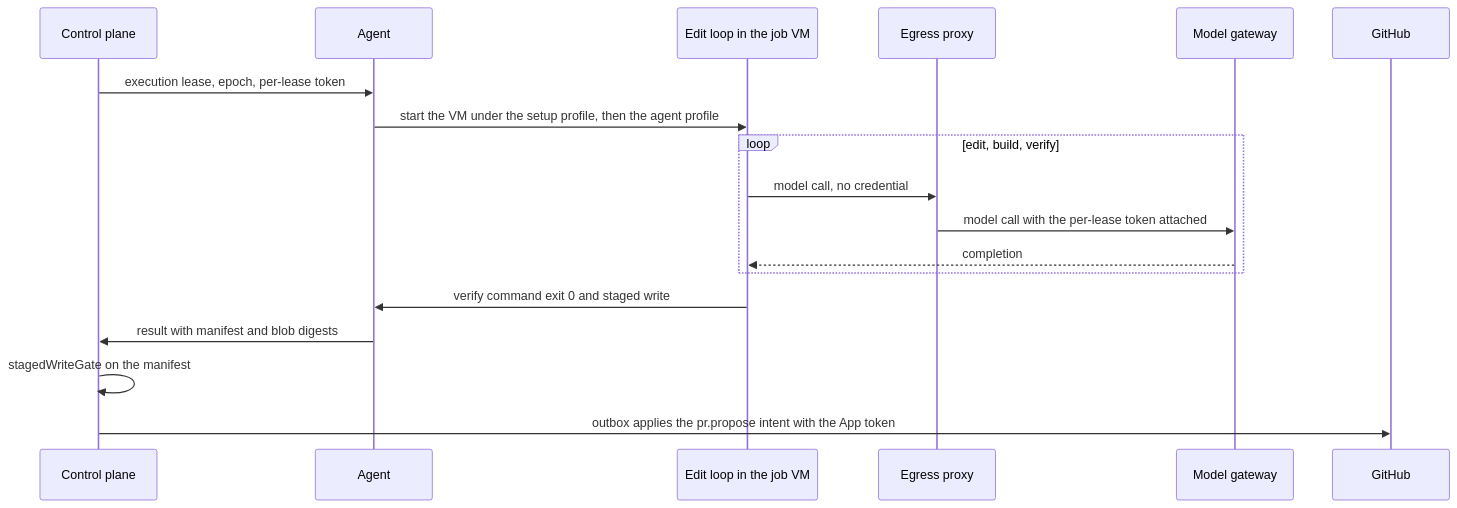
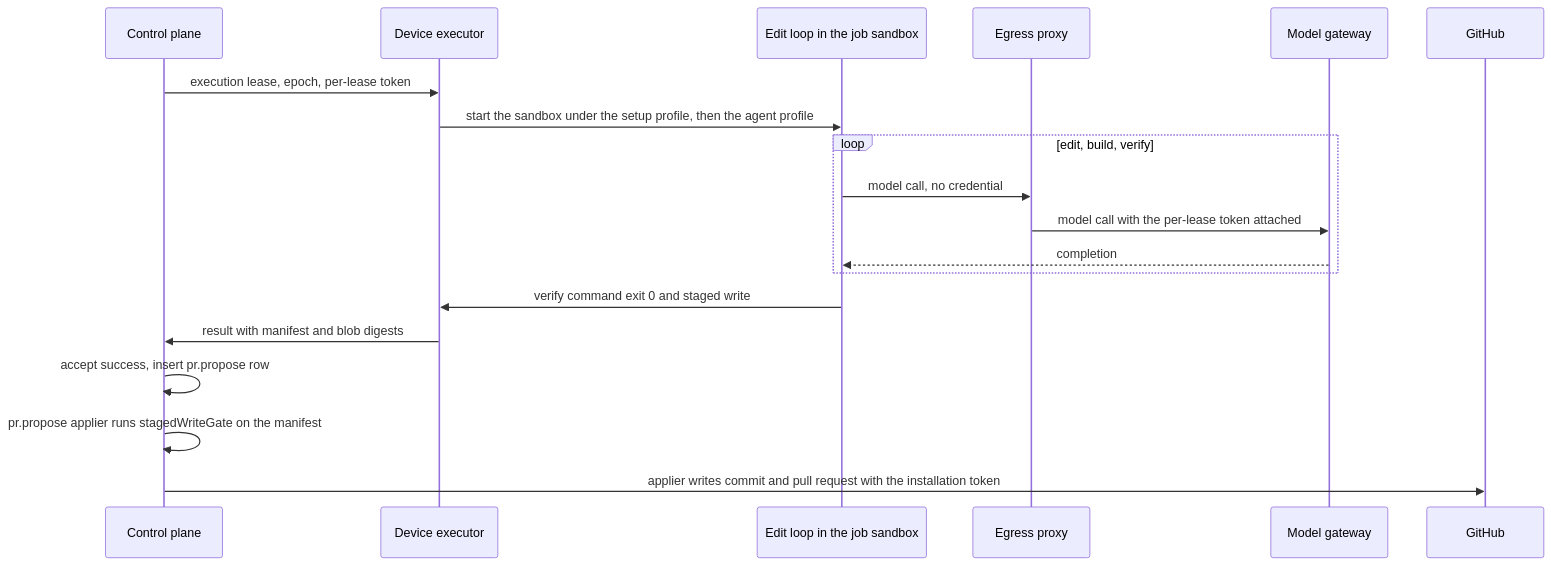
One commit to fractalboxdev/flare-dispatch changed the third of 4 diagrams in specs/runs/agentic.md. Above: the diagram before and after it, drawn with Mermaid. The commit also changed other lines of this file and 45 other files, not shown here.

````diff
--- a/specs/runs/agentic.md
+++ b/specs/runs/agentic.md
@@ -86,21 +88,22 @@
 ```mermaid
 sequenceDiagram
   accTitle: Model-authored change from lease to pull request
   participant C as Control plane
-  participant A as Agent
-  participant V as Edit loop in the job VM
+  participant A as Device executor
+  participant V as Edit loop in the job sandbox
   participant P as Egress proxy
   participant G as Model gateway
   participant H as GitHub
   C->>A: execution lease, epoch, per-lease token
-  A->>V: start the VM under the setup profile, then the agent profile
+  A->>V: start the sandbox under the setup profile, then the agent profile
   loop edit, build, verify
     V->>P: model call, no credential
     P->>G: model call with the per-lease token attached
     G-->>V: completion
   end
   V->>A: verify command exit 0 and staged write
   A->>C: result with manifest and blob digests
-  C->>C: stagedWriteGate on the manifest
-  C->>H: outbox applies the pr.propose intent with the App token
+  C->>C: accept success, insert pr.propose row
+  C->>C: pr.propose applier runs stagedWriteGate on the manifest
+  C->>H: applier writes commit and pull request with the installation token
 ```
````
